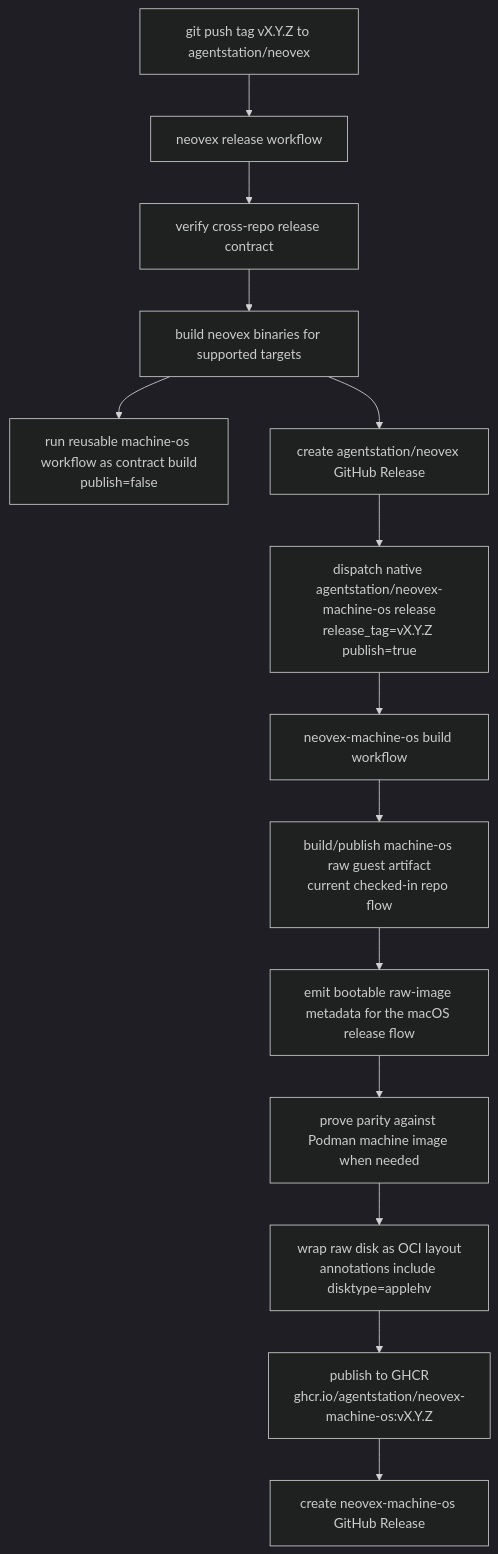
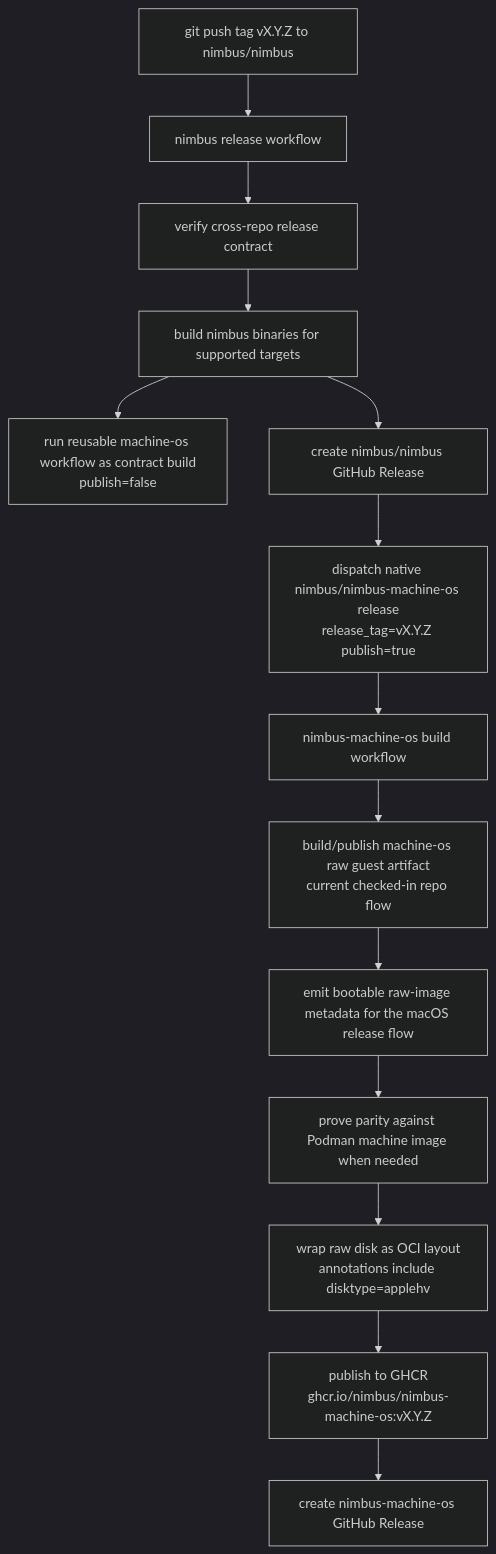
One commit to nimbus/nimbus changed the first of 6 diagrams in docs/architecture/sandbox/macos-machine-flow.md. Above: the diagram before and after it, drawn with Mermaid (dark theme). The commit also changed other lines of this file and 6725 other files, not shown here.

First line of the commit message:
rename: complete neovex→nimbus rebrand across entire codebase

````diff
--- a/docs/architecture/sandbox/macos-machine-flow.md
+++ b/docs/architecture/sandbox/macos-machine-flow.md
@@ -73,16 +73,16 @@
 ```mermaid
 flowchart TD
-    A["git push tag vX.Y.Z to agentstation/neovex"] --> B["neovex release workflow"]
+    A["git push tag vX.Y.Z to nimbus/nimbus"] --> B["nimbus release workflow"]
     B --> C["verify cross-repo release contract"]
-    C --> D["build neovex binaries for supported targets"]
+    C --> D["build nimbus binaries for supported targets"]
     D --> E["run reusable machine-os workflow as contract build<br/>publish=false"]
-    D --> F["create agentstation/neovex GitHub Release"]
-    F --> G["dispatch native agentstation/neovex-machine-os release<br/>release_tag=vX.Y.Z publish=true"]
-    G --> H["neovex-machine-os build workflow"]
+    D --> F["create nimbus/nimbus GitHub Release"]
+    F --> G["dispatch native nimbus/nimbus-machine-os release<br/>release_tag=vX.Y.Z publish=true"]
+    G --> H["nimbus-machine-os build workflow"]
     H --> I["build/publish machine-os raw guest artifact<br/>current checked-in repo flow"]
     I --> J["emit bootable raw-image metadata for the macOS release flow"]
     J --> K["prove parity against Podman machine image when needed"]
     K --> L["wrap raw disk as OCI layout<br/>annotations include disktype=applehv"]
-    L --> M["publish to GHCR<br/>ghcr.io/agentstation/neovex-machine-os:vX.Y.Z"]
-    M --> N["create neovex-machine-os GitHub Release"]
+    L --> M["publish to GHCR<br/>ghcr.io/nimbus/nimbus-machine-os:vX.Y.Z"]
+    M --> N["create nimbus-machine-os GitHub Release"]
 ```
````
